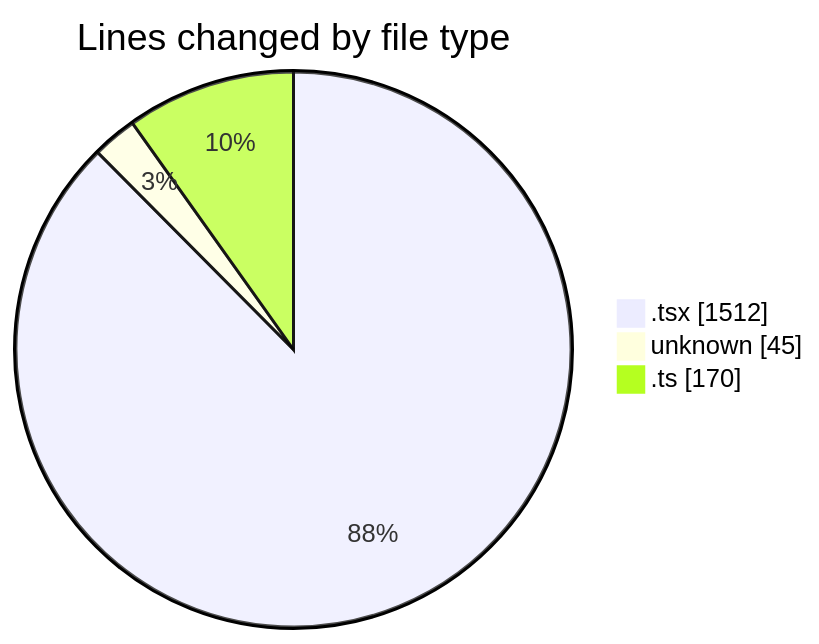
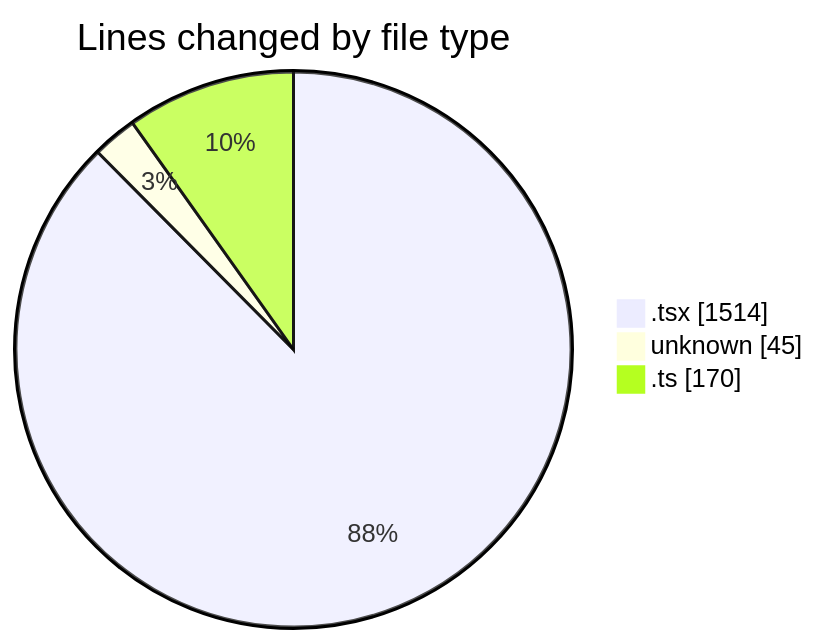
Before and after one commit to momahboobian/code-tracking: the first of 2 diagrams in 2025-09-01/cda/README.md, drawn with Mermaid. The commit also changed other lines of this file and 1 other file, not shown here.

````diff
--- a/2025-09-01/cda/README.md
+++ b/2025-09-01/cda/README.md
@@ -25,7 +25,7 @@
 ```mermaid
 pie showData
 title Lines changed by file type
-".tsx" : 1512
+".tsx" : 1514
 "unknown" : 45
 ".ts" : 170
 ```
````
